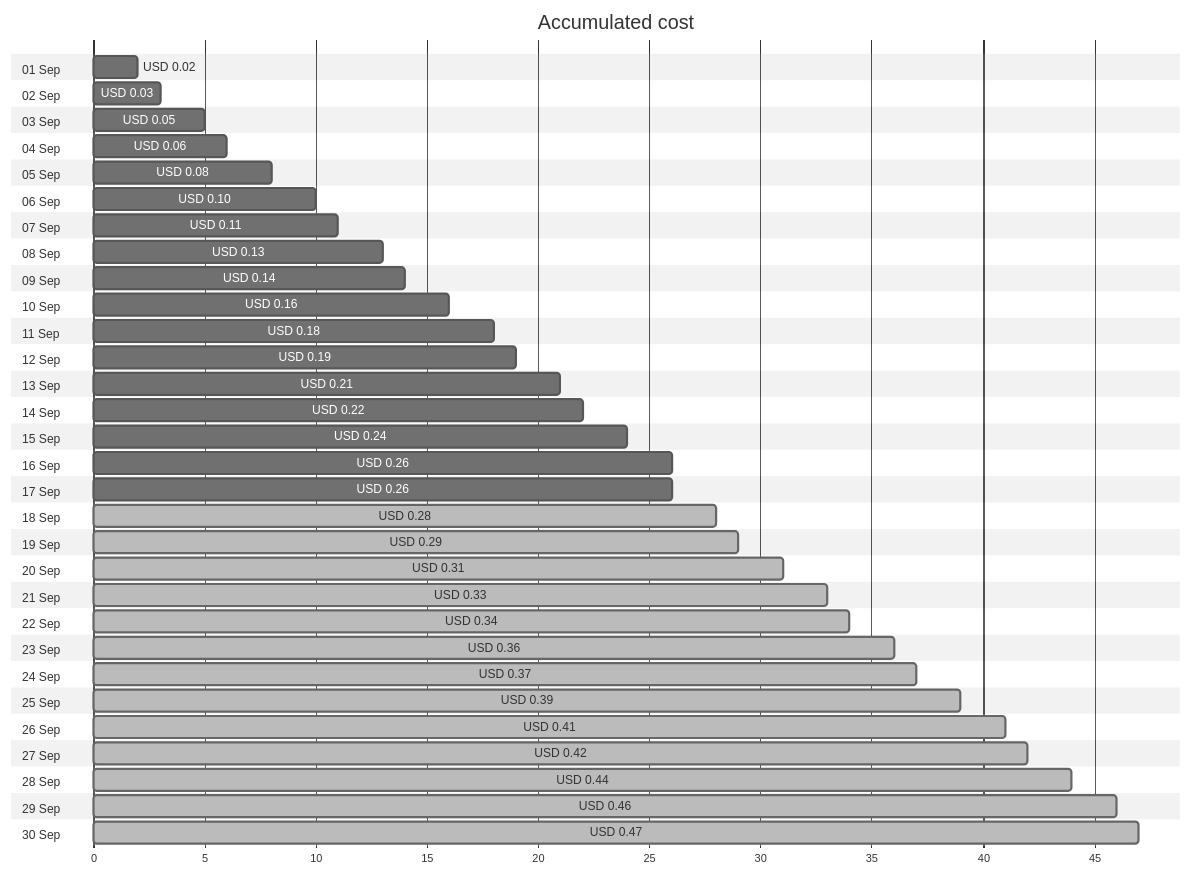
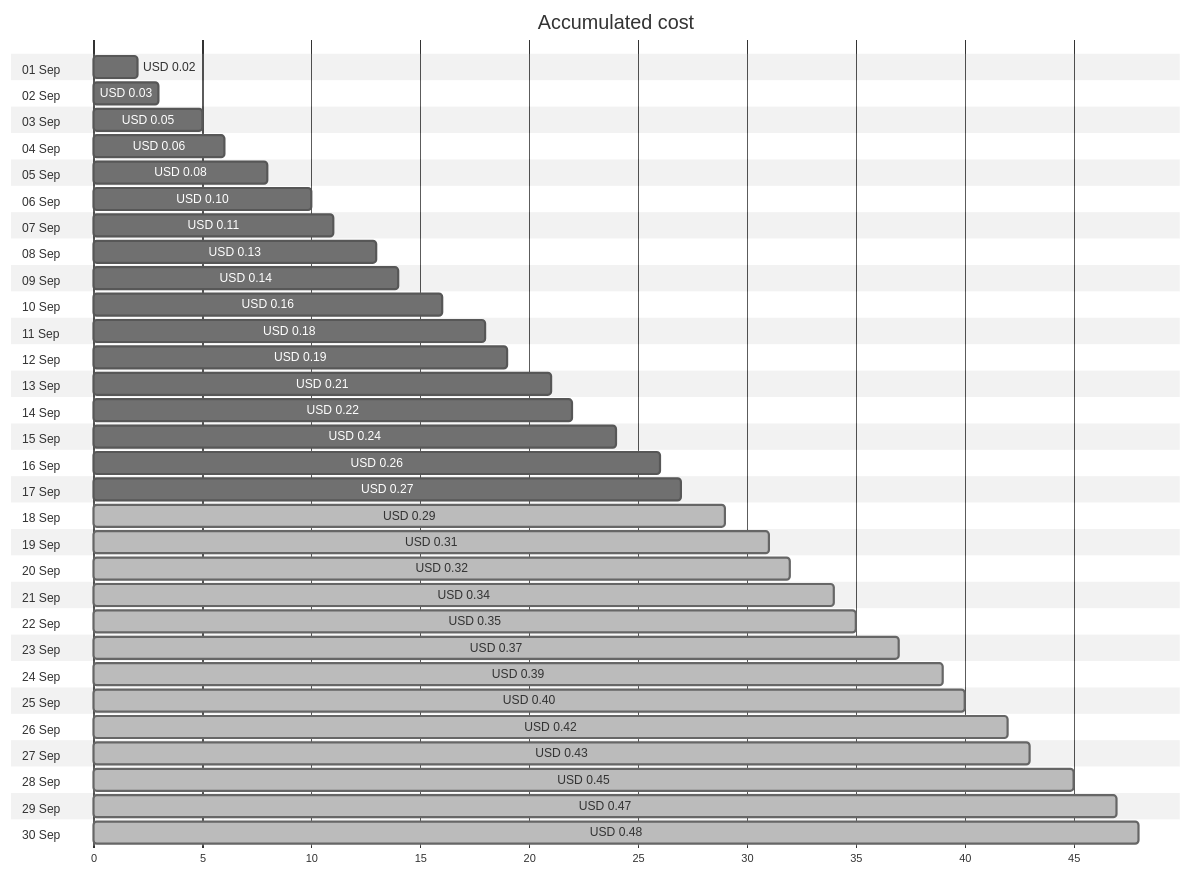
The first of 4 diagrams in cost-reports/personal-network/private.jpatrickfulton.com.md (jpfulton/azure-personal-reports), drawn with Mermaid (neutral theme) before and after one commit. The commit also changed other lines of this file and 17 other files, not shown here.

````diff
--- a/cost-reports/personal-network/private.jpatrickfulton.com.md
+++ b/cost-reports/personal-network/private.jpatrickfulton.com.md
@@ -20,66 +20,66 @@
 ```mermaid
 gantt
    title Accumulated cost
    dateFormat  X
    axisFormat %s
    section 01 Sep
    USD 0.02 :0, 2
    section 02 Sep
    USD 0.03 :0, 3
    section 03 Sep
    USD 0.05 :0, 5
    section 04 Sep
    USD 0.06 :0, 6
    section 05 Sep
    USD 0.08 :0, 8
    section 06 Sep
    USD 0.10 :0, 10
    section 07 Sep
    USD 0.11 :0, 11
    section 08 Sep
    USD 0.13 :0, 13
    section 09 Sep
    USD 0.14 :0, 14
    section 10 Sep
    USD 0.16 :0, 16
    section 11 Sep
    USD 0.18 :0, 18
    section 12 Sep
    USD 0.19 :0, 19
    section 13 Sep
    USD 0.21 :0, 21
    section 14 Sep
    USD 0.22 :0, 22
    section 15 Sep
    USD 0.24 :0, 24
    section 16 Sep
    USD 0.26 :0, 26
    section 17 Sep
-   USD 0.26 :0, 26
+   USD 0.27 :0, 27
    section 18 Sep
-   USD 0.28 : done, 0, 28
+   USD 0.29 : done, 0, 29
    section 19 Sep
-   USD 0.29 : done, 0, 29
+   USD 0.31 : done, 0, 31
    section 20 Sep
-   USD 0.31 : done, 0, 31
+   USD 0.32 : done, 0, 32
    section 21 Sep
-   USD 0.33 : done, 0, 33
+   USD 0.34 : done, 0, 34
    section 22 Sep
-   USD 0.34 : done, 0, 34
+   USD 0.35 : done, 0, 35
    section 23 Sep
-   USD 0.36 : done, 0, 36
+   USD 0.37 : done, 0, 37
    section 24 Sep
-   USD 0.37 : done, 0, 37
+   USD 0.39 : done, 0, 39
    section 25 Sep
-   USD 0.39 : done, 0, 39
+   USD 0.40 : done, 0, 40
    section 26 Sep
-   USD 0.41 : done, 0, 41
+   USD 0.42 : done, 0, 42
    section 27 Sep
-   USD 0.42 : done, 0, 42
+   USD 0.43 : done, 0, 43
    section 28 Sep
-   USD 0.44 : done, 0, 44
+   USD 0.45 : done, 0, 45
    section 29 Sep
-   USD 0.46 : done, 0, 46
+   USD 0.47 : done, 0, 47
    section 30 Sep
-   USD 0.47 : done, 0, 47
+   USD 0.48 : done, 0, 48
 ```
````
